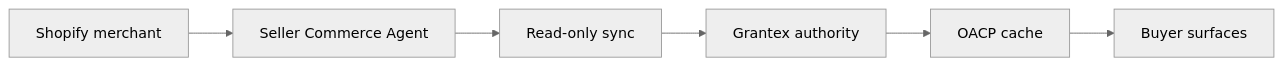
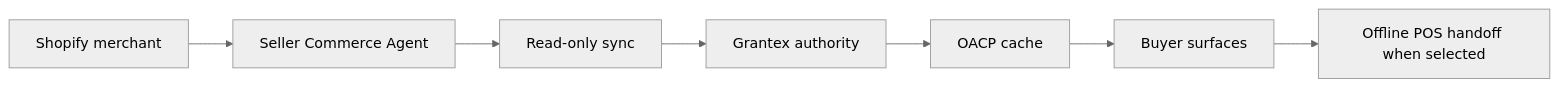
The diagram in docs/oacp/explainers/shopify-to-agentic-commerce.md (mishrasanjeev/agentic-org), drawn with Mermaid (neutral theme) before and after one commit. The commit also changed other lines of this file and 28 other files, not shown here.

Commit message:
Implement Offline POS Bridge runtime slice

````diff
--- a/docs/oacp/explainers/shopify-to-agentic-commerce.md
+++ b/docs/oacp/explainers/shopify-to-agentic-commerce.md
@@ -15,8 +15,9 @@
 ```mermaid
 flowchart LR
   merchant[Shopify merchant] --> seller[Seller Commerce Agent]
   seller --> sync[Read-only sync]
   sync --> grantex[Grantex authority]
   grantex --> cache[OACP cache]
   cache --> buyers[Buyer surfaces]
+  buyers --> pos[Offline POS handoff when selected]
 ```
````
